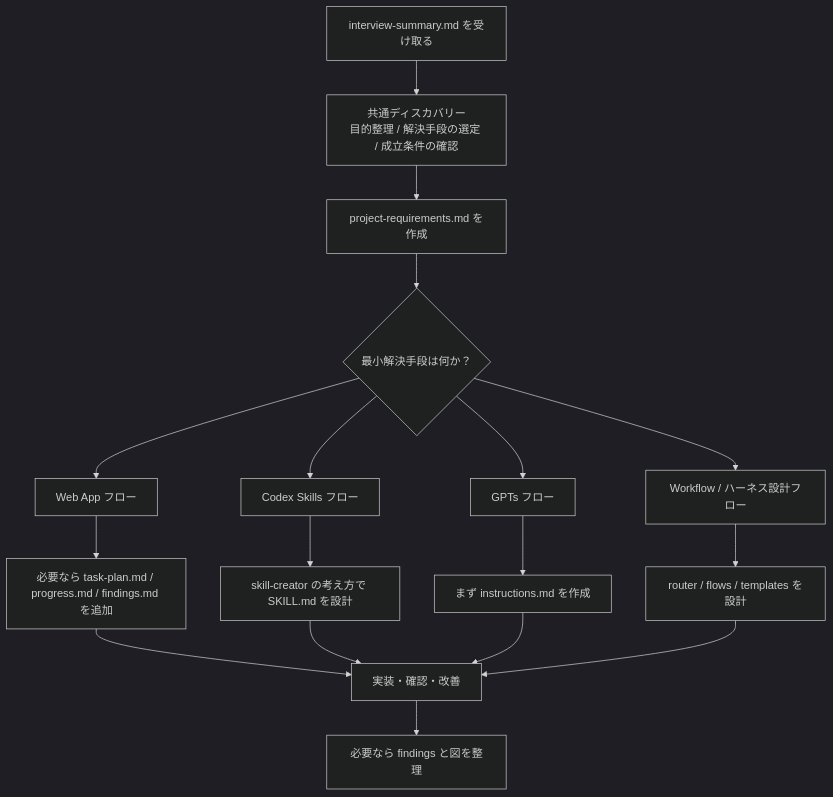
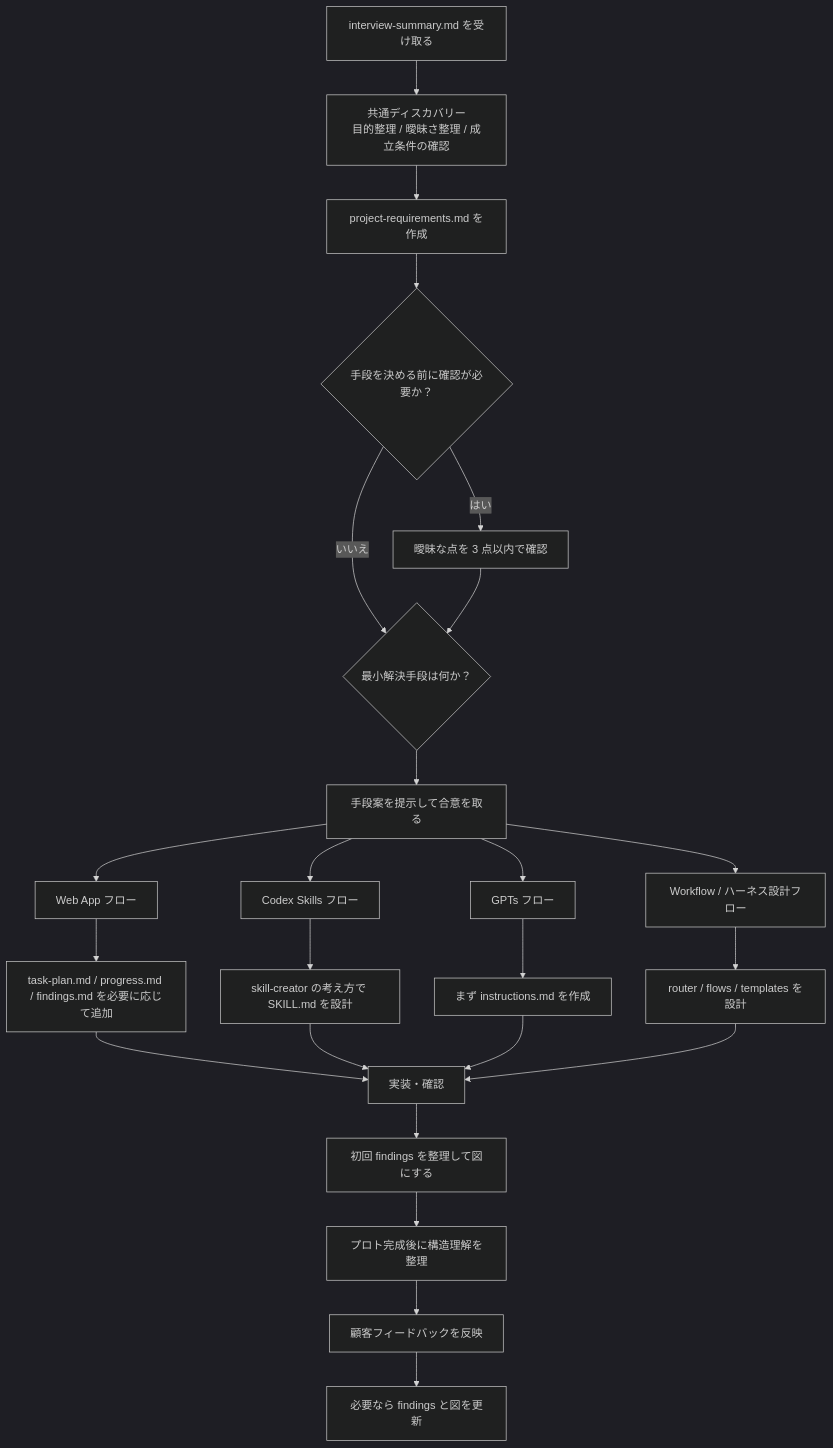
Before and after one commit to ryota-nakazawa/ultra_sprint_harness: the first of 4 diagrams in README.md, drawn with Mermaid (dark theme). The commit also changed other lines of this file and 7 other files, not shown here.

Commit message:
Refine harness flow guidance

````diff
--- a/README.md
+++ b/README.md
@@ -79,19 +82,26 @@
 ```mermaid
 flowchart TD
-    A["interview-summary.md を受け取る"] --> B["共通ディスカバリー<br/>目的整理 / 解決手段の選定 / 成立条件の確認"]
+    A["interview-summary.md を受け取る"] --> B["共通ディスカバリー<br/>目的整理 / 曖昧さ整理 / 成立条件の確認"]
     B --> C["project-requirements.md を作成"]
-    C --> D{"最小解決手段は何か？"}
-    D --> E["Web App フロー"]
-    D --> F["Codex Skills フロー"]
-    D --> G["GPTs フロー"]
-    D --> H["Workflow / ハーネス設計フロー"]
-    E --> I["必要なら task-plan.md / progress.md / findings.md を追加"]
-    F --> J["skill-creator の考え方で SKILL.md を設計"]
-    G --> K["まず instructions.md を作成"]
-    H --> L["router / flows / templates を設計"]
-    I --> M["実装・確認・改善"]
-    J --> M
-    K --> M
-    L --> M
-    M --> N["必要なら findings と図を整理"]
+    C --> D{"手段を決める前に確認が必要か？"}
+    D -->|はい| E["曖昧な点を 3 点以内で確認"]
+    D -->|いいえ| F{"最小解決手段は何か？"}
+    E --> F
+    F --> G["手段案を提示して合意を取る"]
+    G --> H["Web App フロー"]
+    G --> I["Codex Skills フロー"]
+    G --> J["GPTs フロー"]
+    G --> K["Workflow / ハーネス設計フロー"]
+    H --> L["task-plan.md / progress.md / findings.md を必要に応じて追加"]
+    I --> M["skill-creator の考え方で SKILL.md を設計"]
+    J --> N["まず instructions.md を作成"]
+    K --> O["router / flows / templates を設計"]
+    L --> P["実装・確認"]
+    M --> P
+    N --> P
+    O --> P
+    P --> Q["初回 findings を整理して図にする"]
+    Q --> R["プロト完成後に構造理解を整理"]
+    R --> S["顧客フィードバックを反映"]
+    S --> T["必要なら findings と図を更新"]
 ```
````
